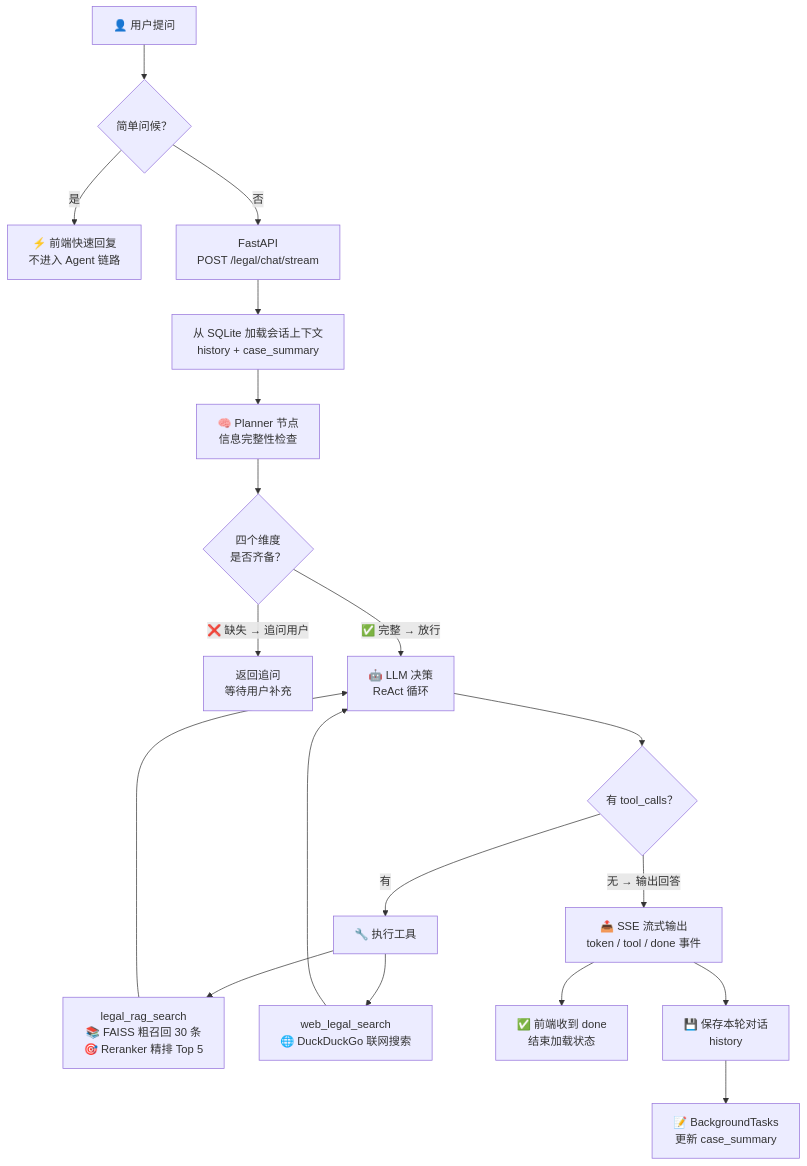
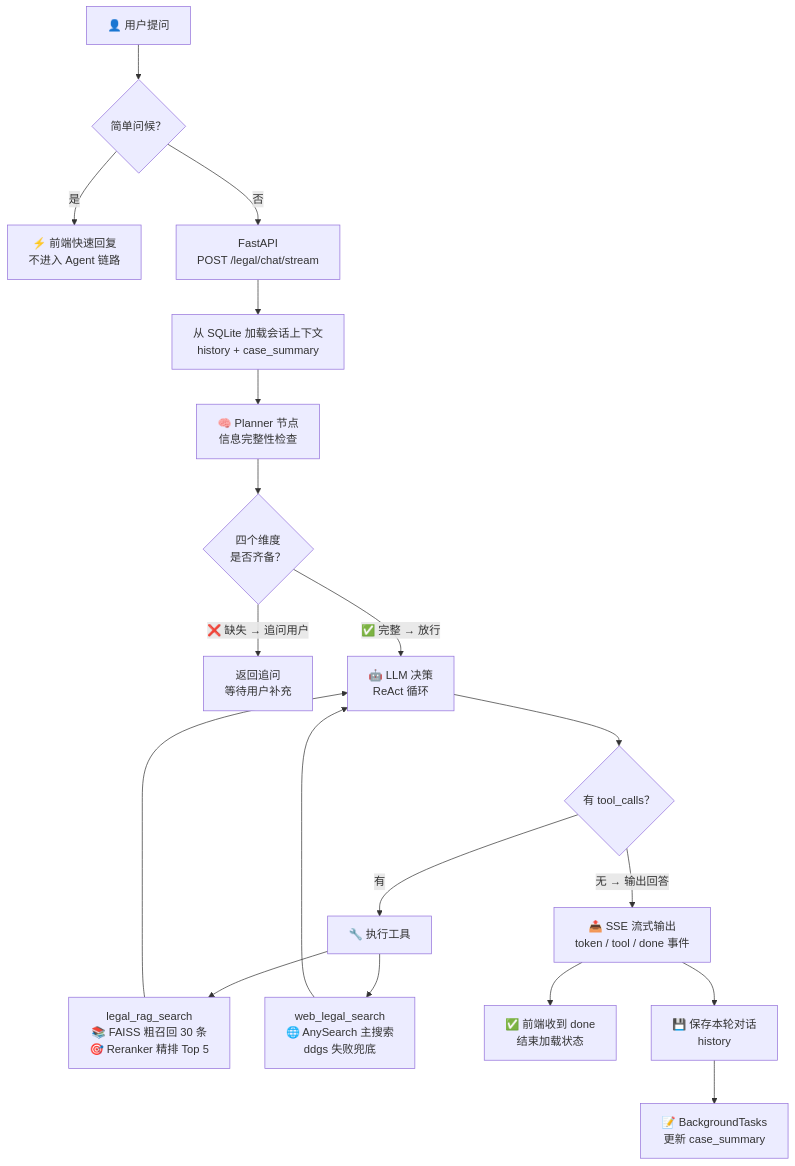
The diagram in README.md (an-s57/legal_agent), drawn with Mermaid before and after one commit. The commit also changed other lines of this file and 13 other files, not shown here.

````diff
--- a/README.md
+++ b/README.md
@@ -19,24 +19,24 @@
 ```mermaid
 flowchart TD
     A["👤 用户提问"] --> Q{"简单问候？"}
     Q -->|"是"| FQ["⚡ 前端快速回复<br/>不进入 Agent 链路"]
     Q -->|"否"| B["FastAPI<br/>POST /legal/chat/stream"]
     B --> C["从 SQLite 加载会话上下文<br/>history + case_summary"]
     C --> D["🧠 Planner 节点<br/>信息完整性检查"]
 
     D --> E{"四个维度<br/>是否齐备？"}
     E -->|"❌ 缺失 → 追问用户"| F["返回追问<br/>等待用户补充"]
     E -->|"✅ 完整 → 放行"| G["🤖 LLM 决策<br/>ReAct 循环"]
 
     G --> H{"有 tool_calls？"}
     H -->|"有"| I["🔧 执行工具"]
     I --> I1["legal_rag_search<br/>📚 FAISS 粗召回 30 条<br/>🎯 Reranker 精排 Top 5"]
-    I --> I2["web_legal_search<br/>🌐 DuckDuckGo 联网搜索"]
+    I --> I2["web_legal_search<br/>🌐 AnySearch 主搜索<br/>ddgs 失败兜底"]
     I1 --> G
     I2 --> G
     H -->|"无 → 输出回答"| J["📤 SSE 流式输出<br/>token / tool / done 事件"]
 
     J --> L["✅ 前端收到 done<br/>结束加载状态"]
     J --> K["💾 保存本轮对话<br/>history"]
     K --> M["📝 BackgroundTasks<br/>更新 case_summary"]
 ```
````
